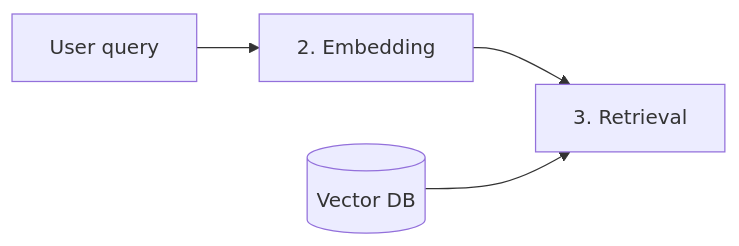
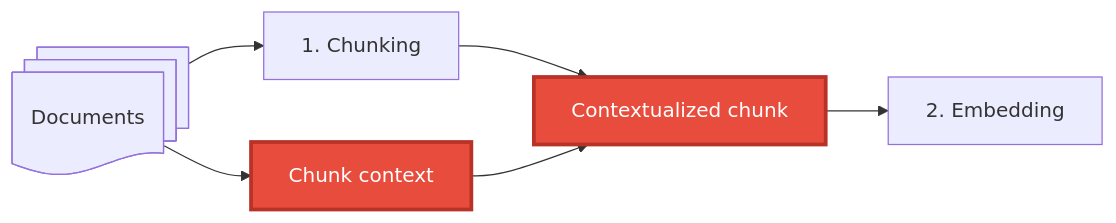
The sixth of 20 diagrams in slides/02-rag.qmd (w4bo/AA2627-unibo-dcai), drawn with Mermaid before and after one commit. The commit also changed other lines of this file and 2 other files, not shown here.

````diff
--- a/slides/02-rag.qmd
+++ b/slides/02-rag.qmd
@@ -405,7 +390,12 @@
 ```{mermaid}
 %%| echo: false
 flowchart LR
-  QT[User query] --> QE[2. Embedding]
-  QE --> SIM[3. Retrieval]
-  CT[(Vector DB)] --> SIM
+  D@{ shape: docs, label: "Documents" } --> C[1. Chunking]
+  D --> X[Chunk context]
+  C --> EC[Contextualized chunk]
+  X --> EC
+  EC --> E[2. Embedding]
+
+  classDef focus fill:#e74c3c,color:#fff,stroke:#b83227,stroke-width:3px
+  class X,EC focus
 ```
````
